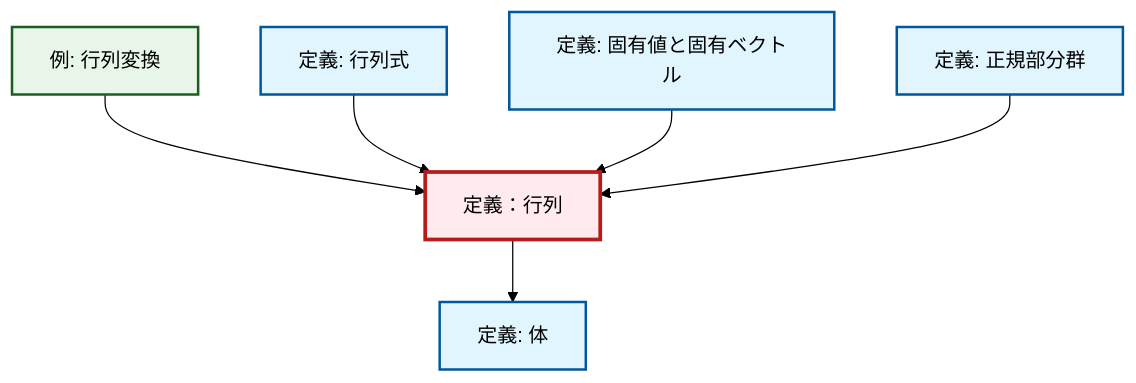
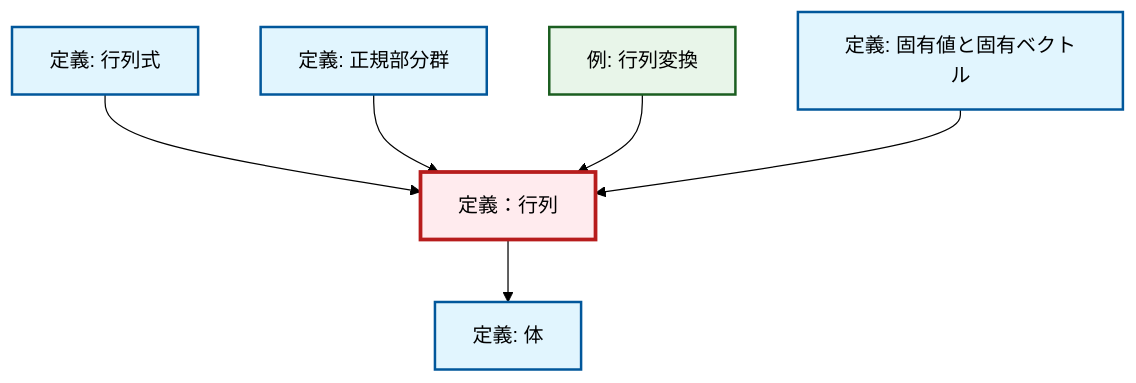
One commit to RK0429/ModernMath changed the diagram in content/ja/algebra/def-matrix.qmd. Above: the diagram before and after it, drawn with Mermaid (forest theme). The commit also changed other lines of this file and 1012 other files, not shown here.

````diff
--- a/content/ja/algebra/def-matrix.qmd
+++ b/content/ja/algebra/def-matrix.qmd
@@ -60,26 +60,26 @@
 ```{mermaid}
 %%| fig-cap: "Local dependency graph"
 graph TD
     classDef definition fill:#e1f5fe,stroke:#01579b,stroke-width:2px
     classDef theorem fill:#f3e5f5,stroke:#4a148c,stroke-width:2px
     classDef axiom fill:#fff3e0,stroke:#e65100,stroke-width:2px
     classDef example fill:#e8f5e9,stroke:#1b5e20,stroke-width:2px
     classDef current fill:#ffebee,stroke:#b71c1c,stroke-width:3px
+    def-field["定義: 体"]:::definition
+    def-eigenvalue-eigenvector["定義: 固有値と固有ベクトル"]:::definition
+    def-matrix["定義：行列"]:::definition
+    def-normal-subgroup["定義: 正規部分群"]:::definition
     def-determinant["定義: 行列式"]:::definition
     ex-matrix-transformation["例: 行列変換"]:::example
-    def-eigenvalue-eigenvector["定義: 固有値と固有ベクトル"]:::definition
-    def-normal-subgroup["定義: 正規部分群"]:::definition
-    def-field["定義: 体"]:::definition
-    def-matrix["定義：行列"]:::definition
+    def-determinant --> def-matrix
+    def-normal-subgroup --> def-matrix
     ex-matrix-transformation --> def-matrix
+    def-eigenvalue-eigenvector --> def-matrix
     def-matrix --> def-field
-    def-determinant --> def-matrix
-    def-eigenvalue-eigenvector --> def-matrix
-    def-normal-subgroup --> def-matrix
     class def-matrix current
+    click def-field "def-field.html" "体の定義へ"
+    click def-eigenvalue-eigenvector "def-eigenvalue-eigenvector.html" "固有値と固有ベクトルの定義へ"
+    click def-normal-subgroup "def-normal-subgroup.html" "正規部分群の定義へ"
     click def-determinant "def-determinant.html" "行列式の定義へ"
     click ex-matrix-transformation "ex-matrix-transformation.html" "行列変換の例へ"
-    click def-eigenvalue-eigenvector "def-eigenvalue-eigenvector.html" "固有値と固有ベクトルの定義へ"
-    click def-normal-subgroup "def-normal-subgroup.html" "正規部分群の定義へ"
-    click def-field "def-field.html" "体の定義へ"
 ```
````
